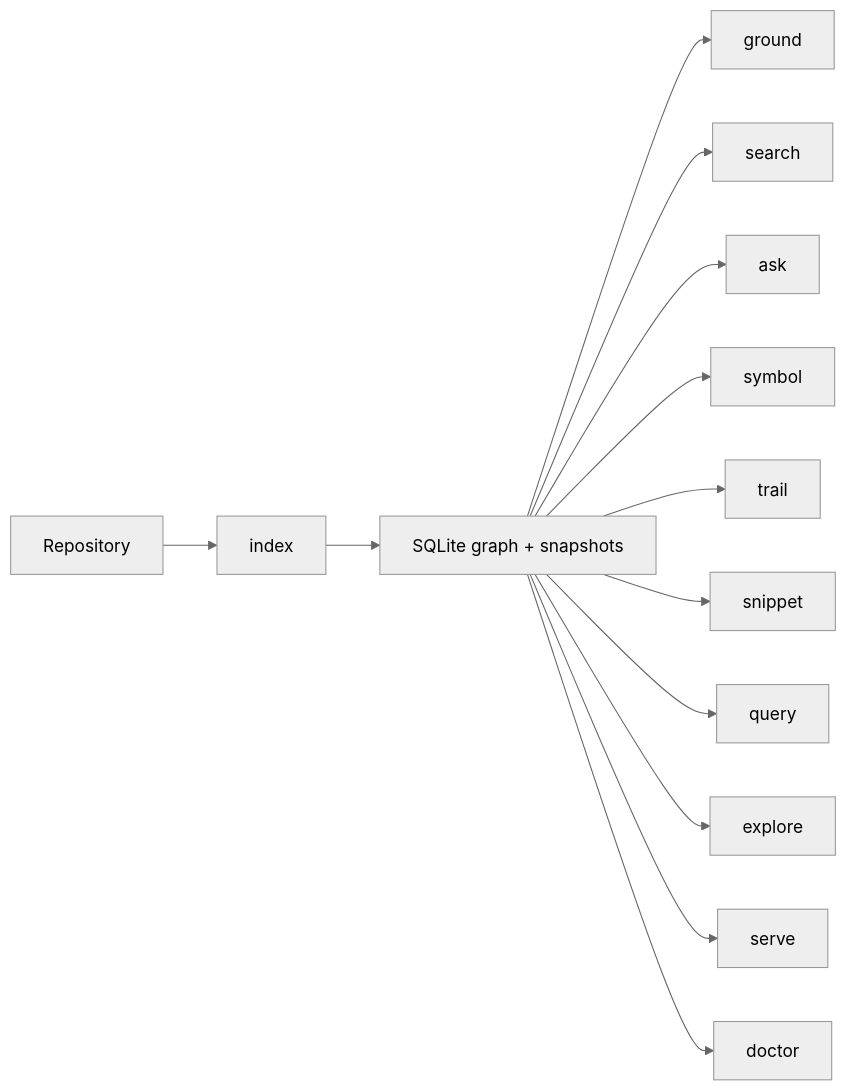
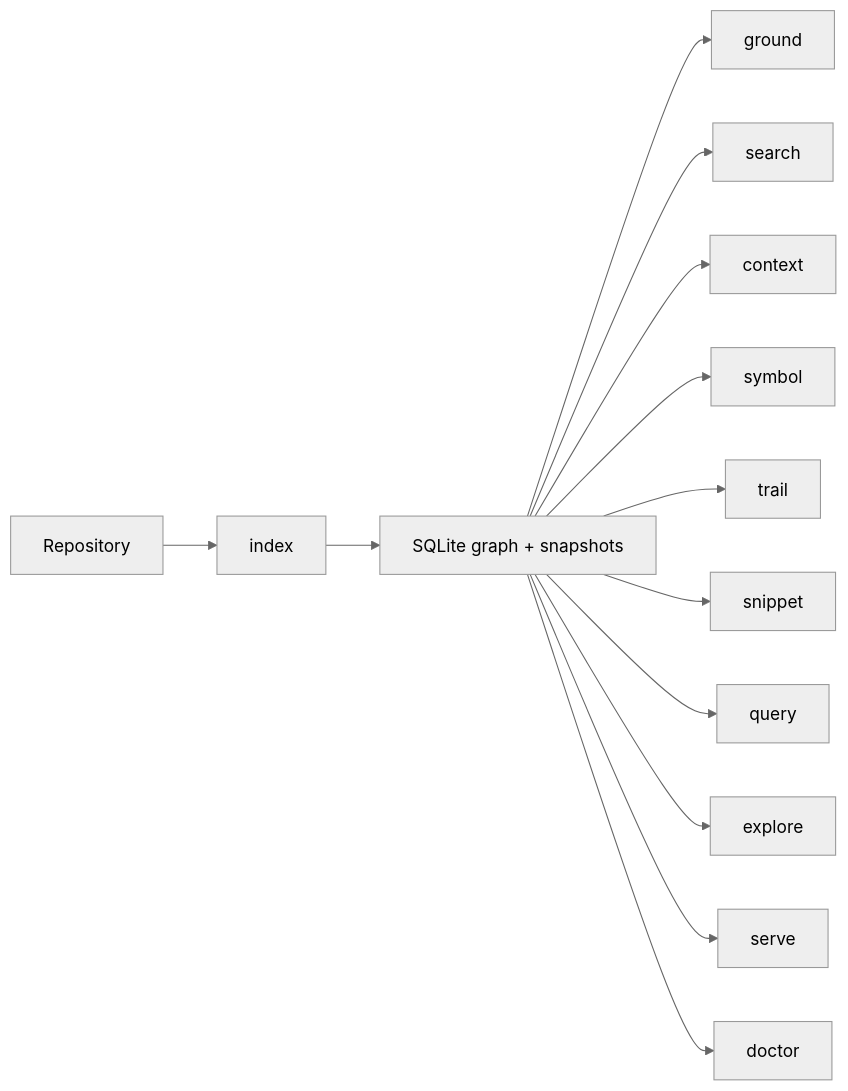
Before and after one commit to TheGreenCedar/CodeStory: the second of 2 diagrams in README.md, drawn with Mermaid (neutral theme). The commit also changed other lines of this file and 24 other files, not shown here.

Commit message:
Rename ask command to context

````diff
--- a/README.md
+++ b/README.md
@@ -112,15 +113,15 @@
 ```mermaid
 flowchart LR
     Project["Repository"] --> Index["index"]
     Index["index"] --> LocalState["SQLite graph + snapshots"]
     LocalState --> Ground["ground"]
     LocalState --> Search["search"]
-    LocalState --> Ask["ask"]
+    LocalState --> Context["context"]
     LocalState --> Symbol["symbol"]
     LocalState --> Trail["trail"]
     LocalState --> Snippet["snippet"]
     LocalState --> Query["query"]
     LocalState --> Explore["explore"]
     LocalState --> Serve["serve"]
     LocalState --> Doctor["doctor"]
 ```
````
